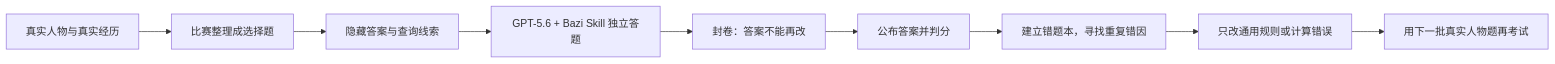
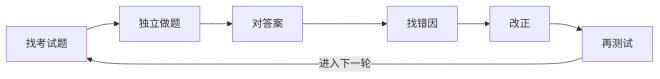
Before and after one commit to guojiahh/afei-destiny-skill: the diagram in docs/EVALUATION_AND_ITERATION_METHOD.md, drawn with Mermaid. The commit also changed other lines of this file, not shown here.

Commit message:
Simplify evaluation loop diagram

````diff
--- a/docs/EVALUATION_AND_ITERATION_METHOD.md
+++ b/docs/EVALUATION_AND_ITERATION_METHOD.md
@@ -36,11 +36,9 @@
 ```mermaid
 flowchart LR
-    A["真实人物与真实经历"] --> B["比赛整理成选择题"]
-    B --> C["隐藏答案与查询线索"]
-    C --> D["GPT-5.6 + Bazi Skill 独立答题"]
-    D --> E["封卷：答案不能再改"]
-    E --> F["公布答案并判分"]
-    F --> G["建立错题本，寻找重复错因"]
-    G --> H["只改通用规则或计算错误"]
-    H --> I["用下一批真实人物题再考试"]
+    A["找考试题"] --> B["独立做题"]
+    B --> C["对答案"]
+    C --> D["找错因"]
+    D --> E["改正"]
+    E --> F["再测试"]
+    F -->|"进入下一轮"| A
 ```
````
